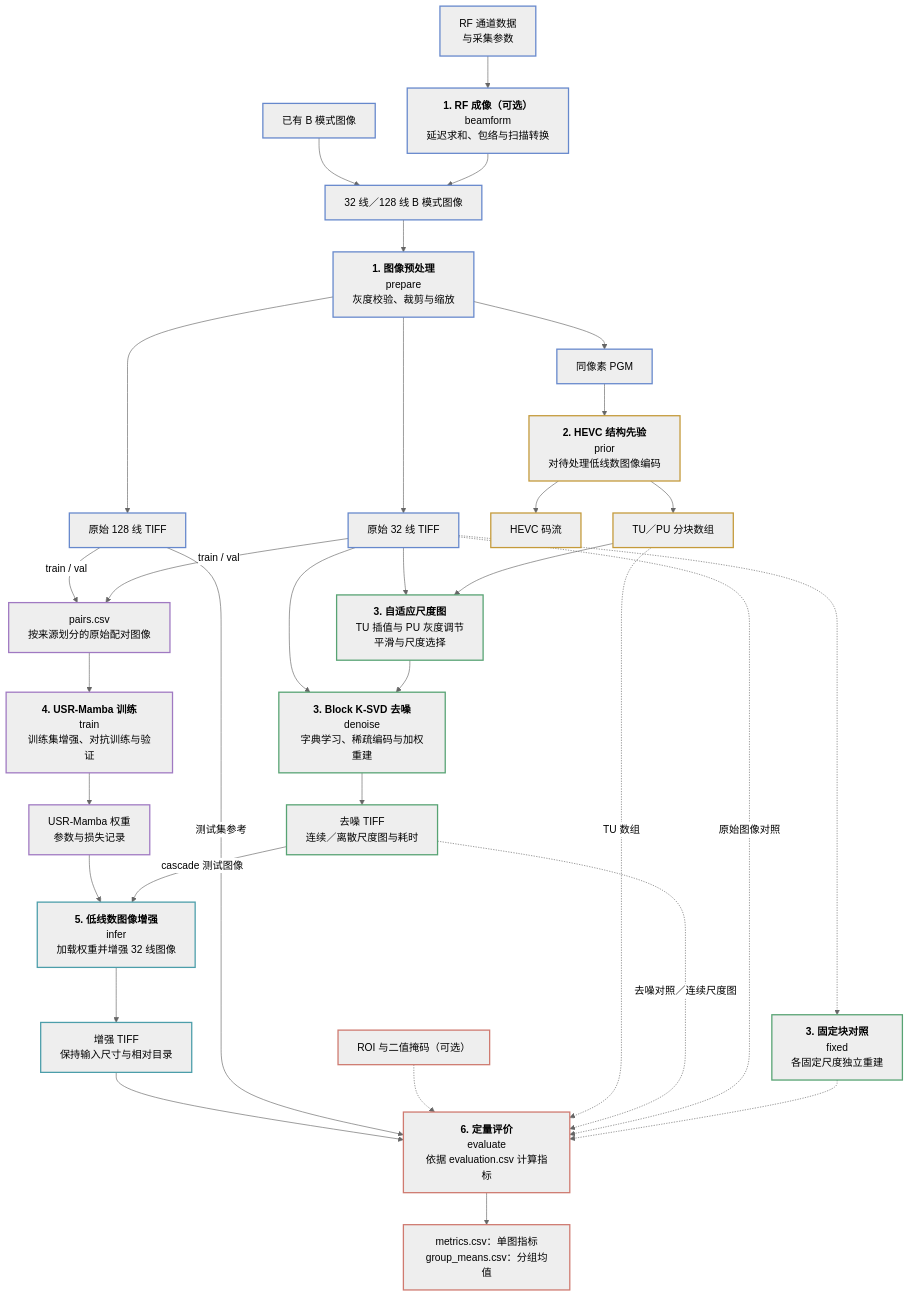
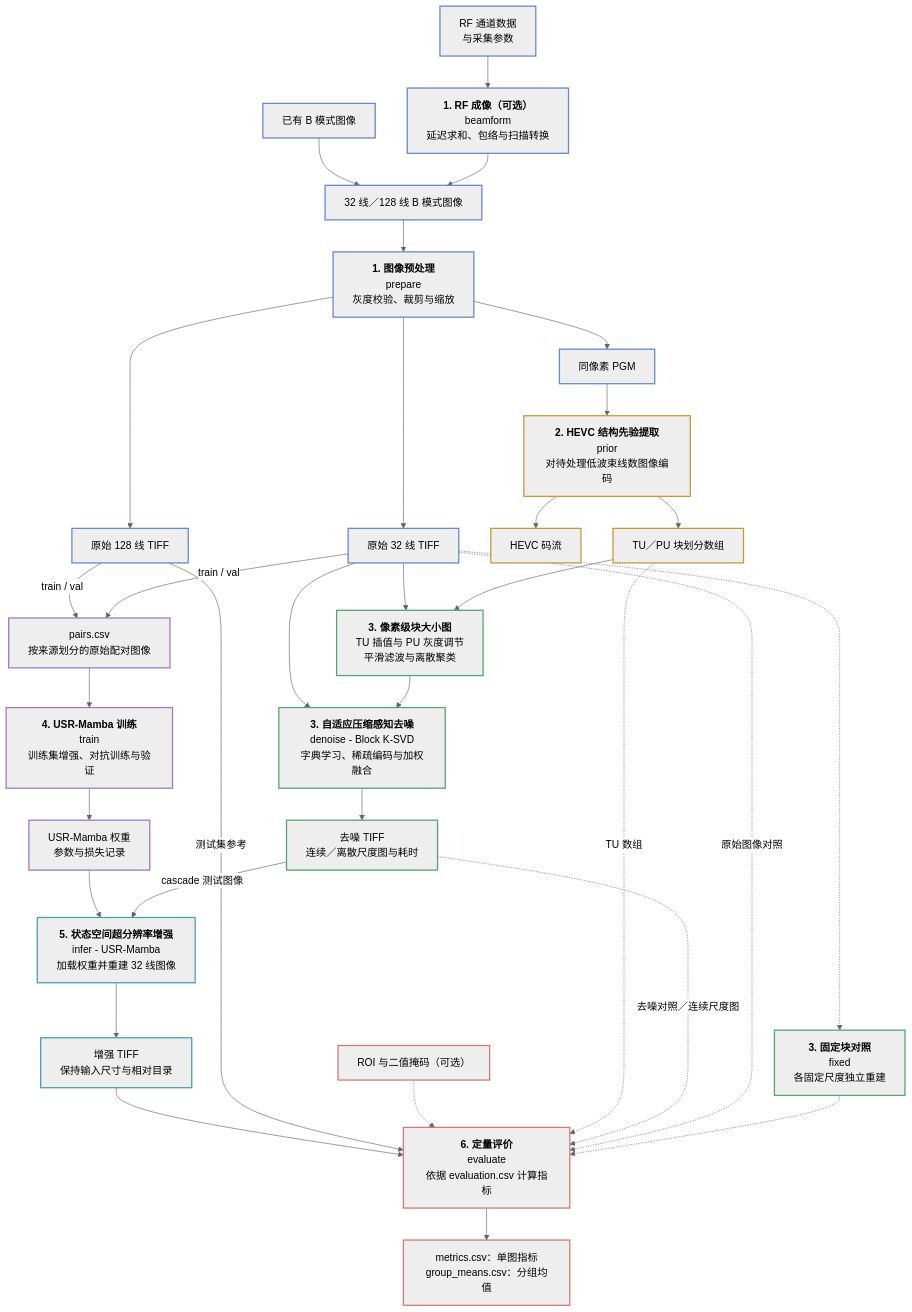
Before and after one commit to LumaVistaLab/hevc-ksvd-mamba-for-ultrasound: the first of 7 diagrams in README_zh-CN.md, drawn with Mermaid (neutral theme). The commit also changed other lines of this file and 2 other files, not shown here.

````diff
--- a/README_zh-CN.md
+++ b/README_zh-CN.md
@@ -13,51 +15,51 @@
 ```mermaid
 flowchart TD
     %% 阶段标题放在普通节点中，避免跨子图连线穿过分组标题与边界。
     RF["RF 通道数据<br/>与采集参数"] --> BF["<b>1. RF 成像（可选）</b><br/>beamform<br/>延迟求和、包络与扫描转换"]
     BF --> BM["32 线／128 线 B 模式图像"]
     Existing["已有 B 模式图像"] --> BM
     BM --> Prep["<b>1. 图像预处理</b><br/>prepare<br/>灰度校验、裁剪与缩放"]
     Prep --> Low["原始 32 线 TIFF"]
     Prep --> High["原始 128 线 TIFF"]
     Prep --> PGM["同像素 PGM"]
 
-    PGM --> HEVC["<b>2. HEVC 结构先验</b><br/>prior<br/>对待处理低线数图像编码"]
+    PGM --> HEVC["<b>2. HEVC 结构先验提取</b><br/>prior<br/>对待处理低波束线数图像编码"]
     HEVC --> Stream["HEVC 码流"]
-    HEVC --> Blocks["TU／PU 分块数组"]
-    Blocks --> Maps["<b>3. 自适应尺度图</b><br/>TU 插值与 PU 灰度调节<br/>平滑与尺度选择"]
+    HEVC --> Blocks["TU／PU 块划分数组"]
+    Blocks --> Maps["<b>3. 像素级块大小图</b><br/>TU 插值与 PU 灰度调节<br/>平滑滤波与离散聚类"]
     Low --> Maps
-    Maps --> KSVD["<b>3. Block K-SVD 去噪</b><br/>denoise<br/>字典学习、稀疏编码与加权重建"]
+    Maps --> KSVD["<b>3. 自适应压缩感知去噪</b><br/>denoise - Block K-SVD<br/>字典学习、稀疏编码与加权融合"]
     Low --> KSVD
     KSVD --> Denoised["去噪 TIFF<br/>连续／离散尺度图与耗时"]
 
     Low -->|train / val| Pairs["pairs.csv<br/>按来源划分的原始配对图像"]
     High -->|train / val| Pairs
     Pairs --> Train["<b>4. USR-Mamba 训练</b><br/>train<br/>训练集增强、对抗训练与验证"]
     Train --> Weights["USR-Mamba 权重<br/>参数与损失记录"]
-    Denoised -->|cascade 测试图像| Infer["<b>5. 低线数图像增强</b><br/>infer<br/>加载权重并增强 32 线图像"]
+    Denoised -->|cascade 测试图像| Infer["<b>5. 状态空间超分辨率增强</b><br/>infer - USR-Mamba<br/>加载权重并重建 32 线图像"]
     Weights --> Infer
     Infer --> Enhanced["增强 TIFF<br/>保持输入尺寸与相对目录"]
 
     Low -.-> Fixed["<b>3. 固定块对照</b><br/>fixed<br/>各固定尺度独立重建"]
     Fixed -.-> Eval["<b>6. 定量评价</b><br/>evaluate<br/>依据 evaluation.csv 计算指标"]
     Low -.->|原始图像对照| Eval
     Denoised -.->|去噪对照／连续尺度图| Eval
     Blocks -.->|TU 数组| Eval
     Annotations["ROI 与二值掩码（可选）"] -.-> Eval
     High -->|测试集参考| Eval
     Enhanced --> Eval
     Eval --> Reports["metrics.csv：单图指标<br/>group_means.csv：分组均值"]
 
     classDef imaging stroke:#6688cc,stroke-width:2px;
     classDef structure stroke:#c49a3a,stroke-width:2px;
     classDef denoising stroke:#57a373,stroke-width:2px;
     classDef training stroke:#a079c2,stroke-width:2px;
     classDef inference stroke:#4c9eaa,stroke-width:2px;
     classDef metrics stroke:#cf7a70,stroke-width:2px;
     class RF,BF,BM,Existing,Prep,Low,High,PGM imaging;
     class HEVC,Stream,Blocks structure;
     class Maps,KSVD,Denoised,Fixed denoising;
     class Pairs,Train,Weights training;
     class Infer,Enhanced inference;
     class Annotations,Eval,Reports metrics;
 ```
````
